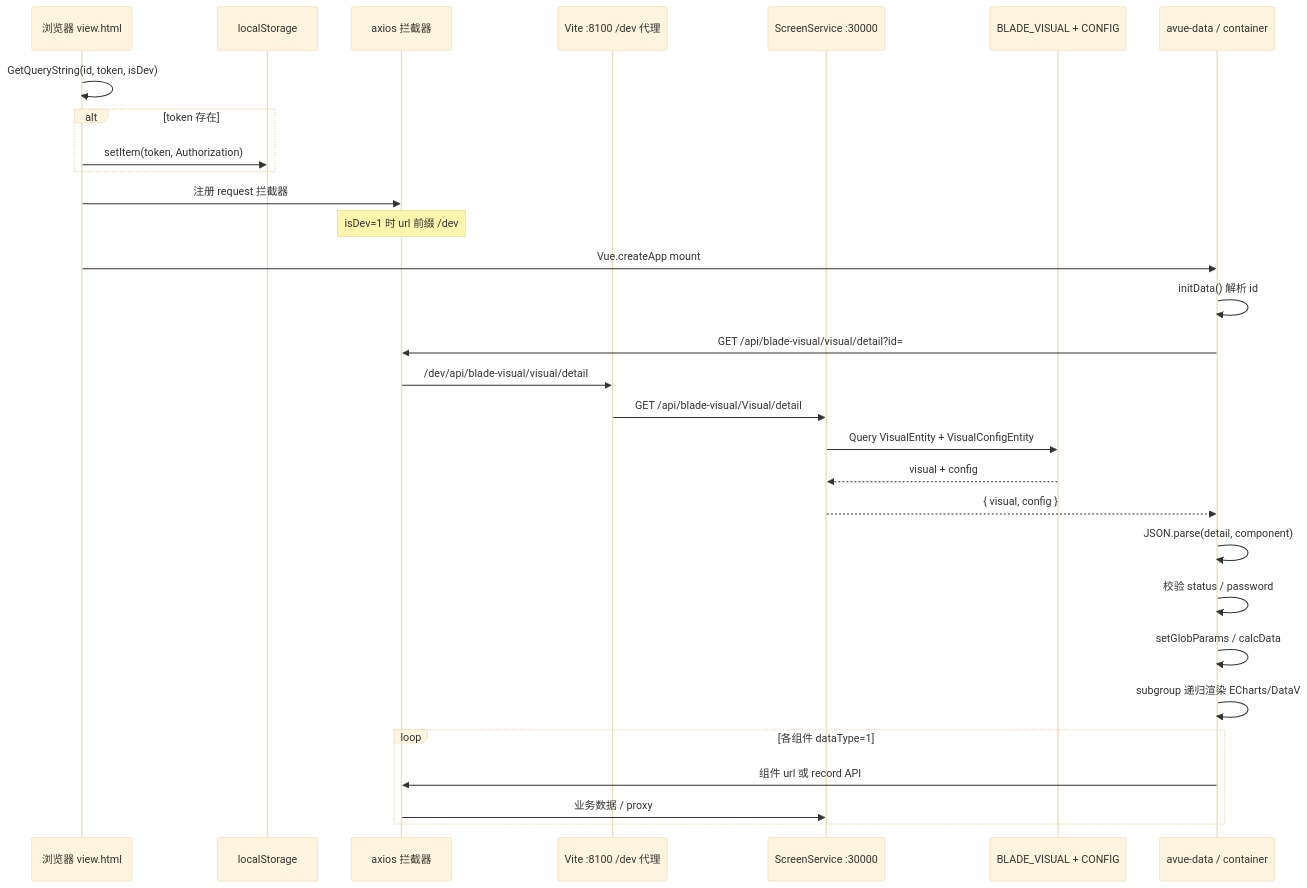
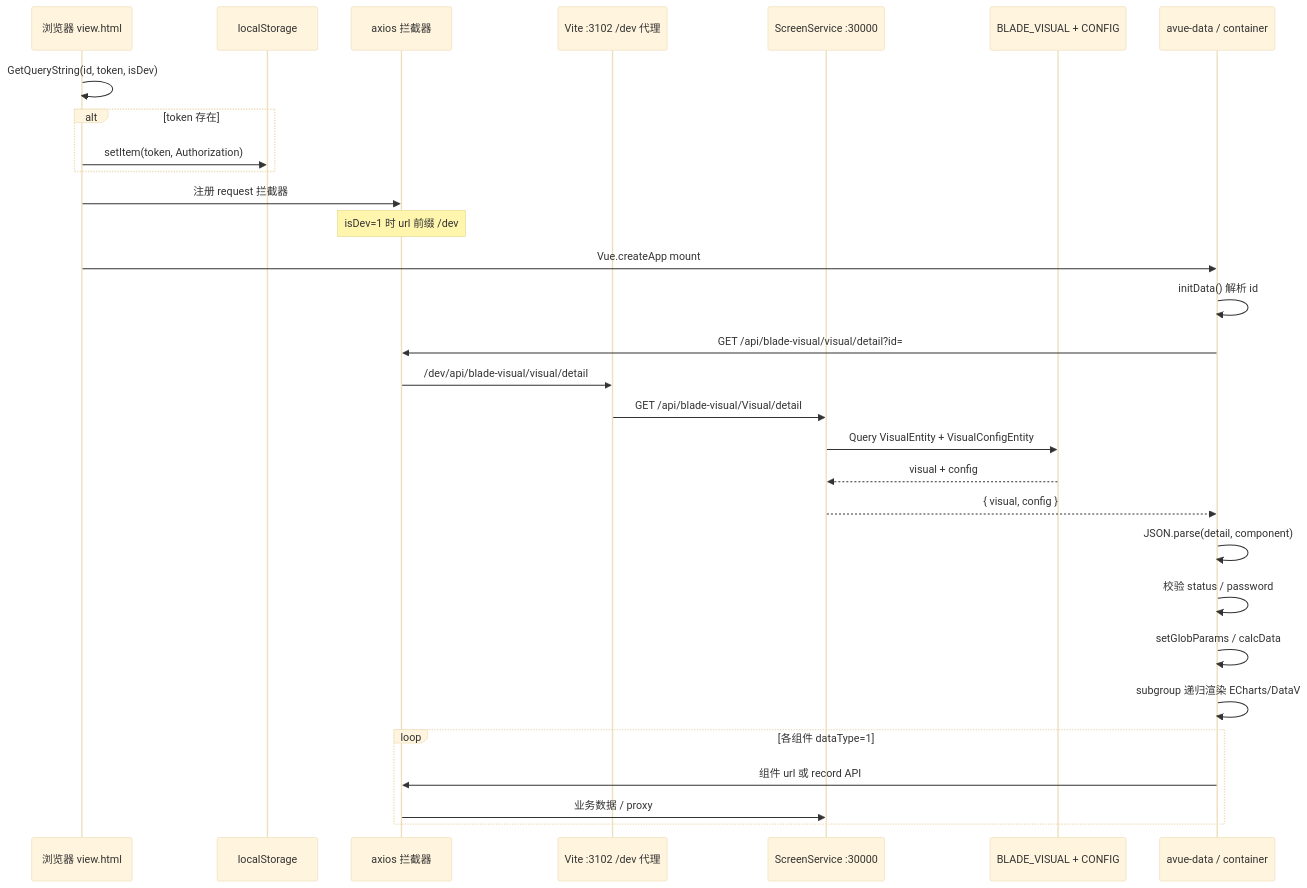
One commit to DULASlee/jnpfv52 changed the fourth of 4 diagrams in docs/architecture/v52/05-visual-data-deep-dive.md. Above: the diagram before and after it, drawn with Mermaid (base theme). The commit also changed other lines of this file and 661 other files, not shown here.

````diff
--- a/docs/architecture/v52/05-visual-data-deep-dive.md
+++ b/docs/architecture/v52/05-visual-data-deep-dive.md
@@ -872,33 +872,33 @@
 ```mermaid
 sequenceDiagram
   participant Browser as 浏览器 view.html
   participant LS as localStorage
   participant Axios as axios 拦截器
-  participant Vite as Vite :8100 /dev 代理
+  participant Vite as Vite :3102 /dev 代理
   participant API as ScreenService :30000
   participant DB as BLADE_VISUAL + CONFIG
   participant Container as avue-data / container
 
   Browser->>Browser: GetQueryString(id, token, isDev)
   alt token 存在
     Browser->>LS: setItem(token, Authorization)
   end
   Browser->>Axios: 注册 request 拦截器
   Note over Axios: isDev=1 时 url 前缀 /dev
   Browser->>Container: Vue.createApp mount #app
   Container->>Container: initData() 解析 id
   Container->>Axios: GET /api/blade-visual/visual/detail?id=
   Axios->>Vite: /dev/api/blade-visual/visual/detail
   Vite->>API: GET /api/blade-visual/Visual/detail
   API->>DB: Query VisualEntity + VisualConfigEntity
   DB-->>API: visual + config
   API-->>Container: { visual, config }
   Container->>Container: JSON.parse(detail, component)
   Container->>Container: 校验 status / password
   Container->>Container: setGlobParams / calcData
   Container->>Container: subgroup 递归渲染 ECharts/DataV
   loop 各组件 dataType=1
     Container->>Axios: 组件 url 或 record API
     Axios->>API: 业务数据 / proxy
   end
 ```
````
